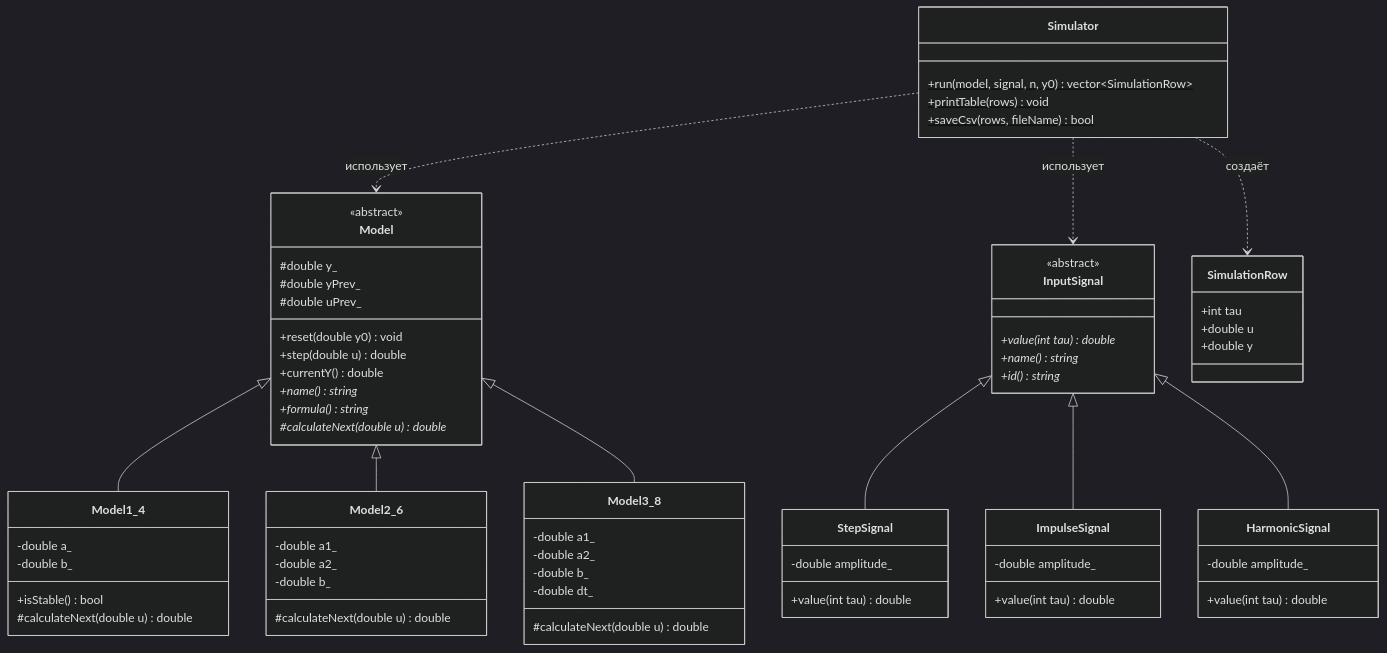
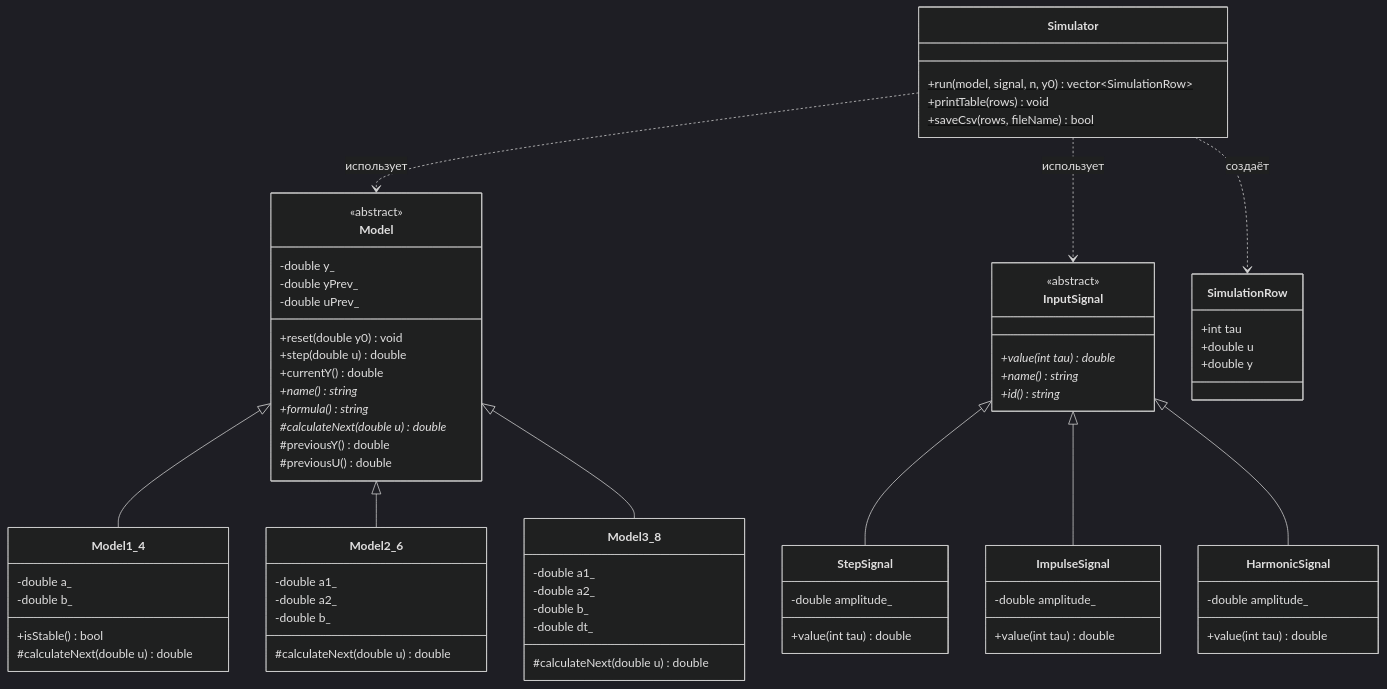
One commit to brstu/OTIS-2026 changed the diagram in trunk/ii03004/task_01/doc/readme.md. Above: the diagram before and after it, drawn with Mermaid (dark theme). The commit also changed other lines of this file and 9 other files, not shown here.

```diff
--- a/trunk/ii03004/task_01/doc/readme.md
+++ b/trunk/ii03004/task_01/doc/readme.md
@@ -95,15 +95,17 @@
 classDiagram
     class Model {
         <<abstract>>
-        #double y_
-        #double yPrev_
-        #double uPrev_
+        -double y_
+        -double yPrev_
+        -double uPrev_
         +reset(double y0) void
         +step(double u) double
         +currentY() double
         +name() string*
         +formula() string*
         #calculateNext(double u) double*
+        #previousY() double
+        #previousU() double
     }
 
     class Model1_4 {
```
